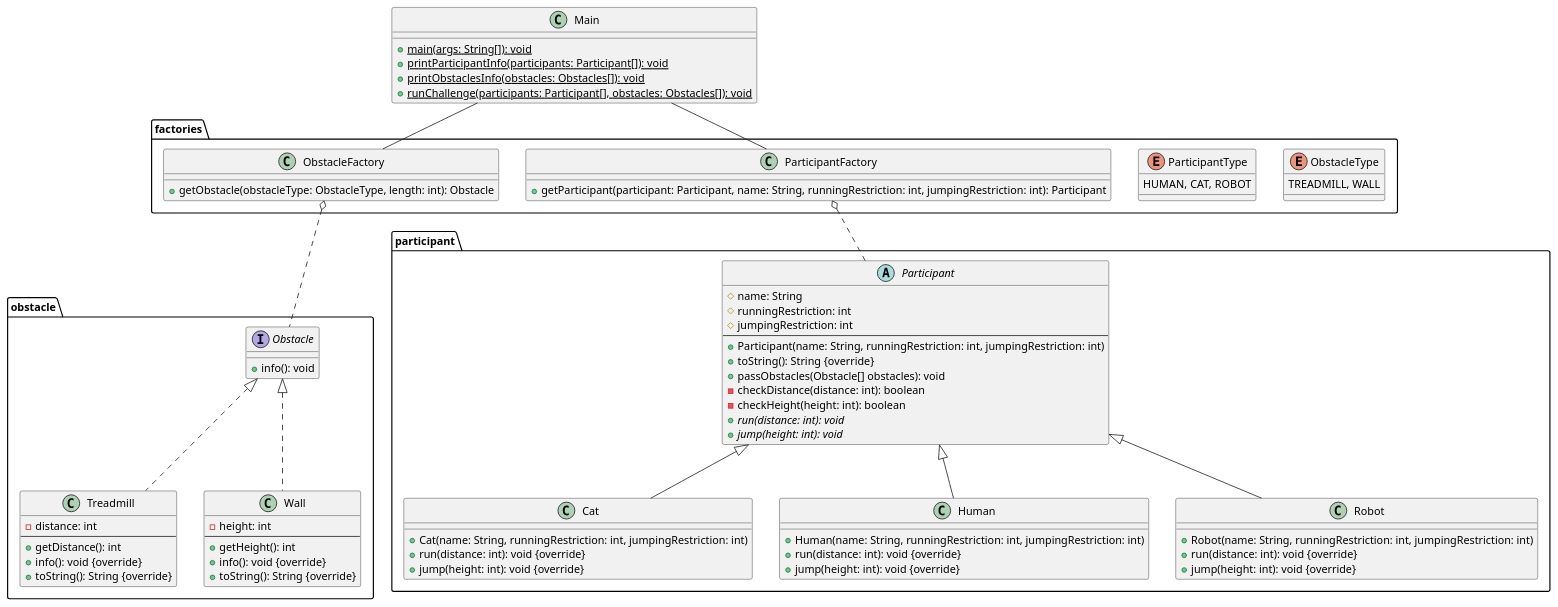
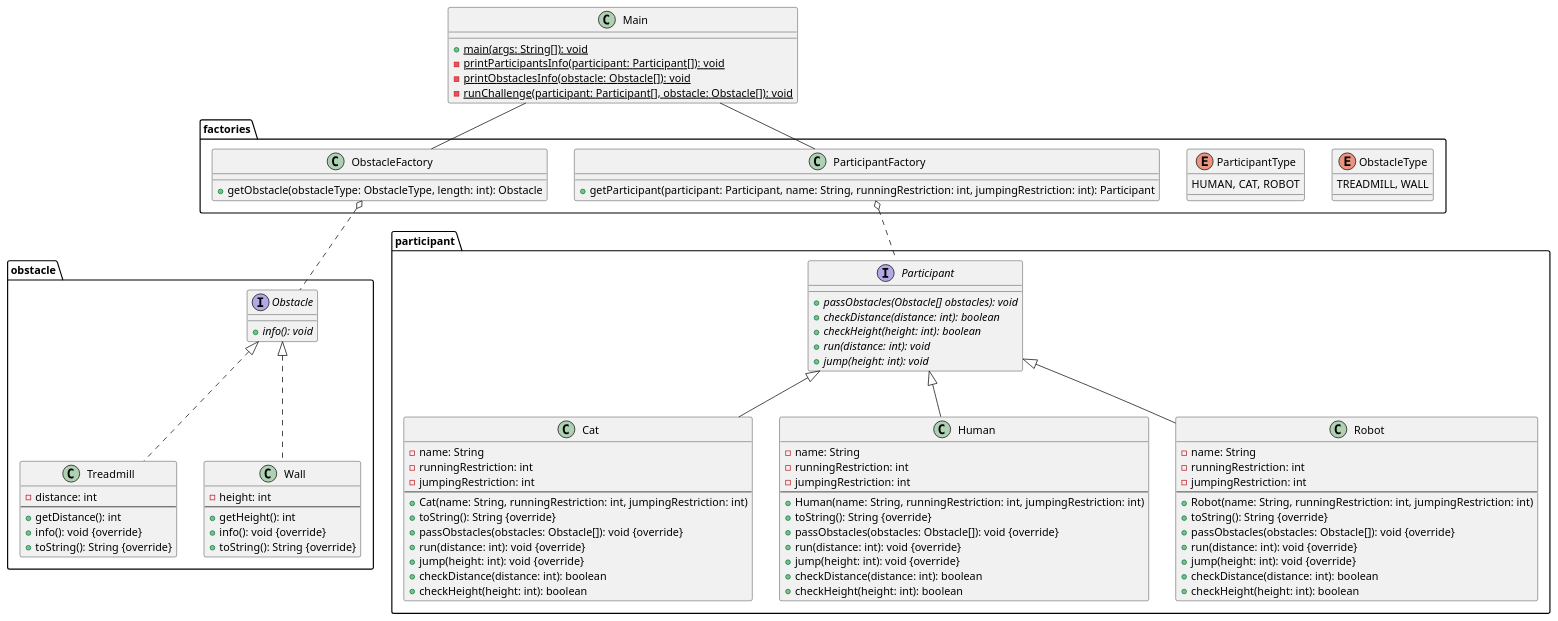
One commit to MarsMoldobekov/Java_Core changed the diagram in lesson8/src/main/java/ru/android/Project.puml. Above: the diagram before and after it, drawn with PlantUML. The commit also changed 4 other files, not shown here.

```diff
--- a/lesson8/src/main/java/ru/android/Project.puml
+++ b/lesson8/src/main/java/ru/android/Project.puml
@@ -1,97 +1,115 @@
 @startuml
 
 package "participant" {
-    abstract class Participant {
-        #name: String
-        #runningRestriction: int
-        #jumpingRestriction: int
-        ---
-        +Participant(name: String, runningRestriction: int, jumpingRestriction: int)
-        +toString(): String {override}
-        +passObstacles(Obstacle[] obstacles): void
-        -checkDistance(distance: int): boolean
-        -checkHeight(height: int): boolean
+    interface Participant {
+        +{abstract}passObstacles(Obstacle[] obstacles): void
+        +{abstract}checkDistance(distance: int): boolean
+        +{abstract}checkHeight(height: int): boolean
         +{abstract}run(distance: int): void
         +{abstract}jump(height: int): void
     }
 
     class Cat {
+        -name: String
+        -runningRestriction: int
+        -jumpingRestriction: int
+        ---
         +Cat(name: String, runningRestriction: int, jumpingRestriction: int)
+        +toString(): String {override}
+        +passObstacles(obstacles: Obstacle[]): void {override}
         +run(distance: int): void {override}
         +jump(height: int): void {override}
+        +checkDistance(distance: int): boolean
+        +checkHeight(height: int): boolean
     }
 
     class Human {
+        -name: String
+        -runningRestriction: int
+        -jumpingRestriction: int
+        ---
         +Human(name: String, runningRestriction: int, jumpingRestriction: int)
+        +toString(): String {override}
+        +passObstacles(obstacles: Obstacle[]): void {override}
         +run(distance: int): void {override}
         +jump(height: int): void {override}
+        +checkDistance(distance: int): boolean
+        +checkHeight(height: int): boolean
     }
 
     class Robot {
+        -name: String
+        -runningRestriction: int
+        -jumpingRestriction: int
+        ---
         +Robot(name: String, runningRestriction: int, jumpingRestriction: int)
+        +toString(): String {override}
+        +passObstacles(obstacles: Obstacle[]): void {override}
         +run(distance: int): void {override}
         +jump(height: int): void {override}
+        +checkDistance(distance: int): boolean
+        +checkHeight(height: int): boolean
     }
 
     Participant <|-- Cat
     Participant <|-- Human
     Participant <|-- Robot
 }
 
 package "obstacle" {
     interface Obstacle {
-        +info(): void
+        +{abstract}info(): void
     }
 
     class Treadmill {
         -distance: int
         ---
         +getDistance(): int
         +info(): void {override}
         +toString(): String {override}
     }
 
     class Wall {
         -height: int
         ---
         +getHeight(): int
         +info(): void {override}
         +toString(): String {override}
     }
 
     Obstacle <|.. Treadmill
     Obstacle <|.. Wall
 }
 
 package "factories" {
-    enum ObstacleType{
+    enum ObstacleType {
         TREADMILL, WALL
     }
 
     enum ParticipantType {
         HUMAN, CAT, ROBOT
     }
 
     class ObstacleFactory {
         +getObstacle(obstacleType: ObstacleType, length: int): Obstacle
     }
 
     class ParticipantFactory {
         +getParticipant(participant: Participant, name: String, runningRestriction: int, jumpingRestriction: int): Participant
     }
 
     ObstacleFactory o.. Obstacle
     ParticipantFactory o.. Participant
 }
 
 class Main {
     +{static}main(args: String[]): void
-    +{static}printParticipantInfo(participants: Participant[]): void
-    +{static}printObstaclesInfo(obstacles: Obstacles[]): void
-    +{static}runChallenge(participants: Participant[], obstacles: Obstacles[]): void
+    -{static}printParticipantsInfo(participant: Participant[]): void
+    -{static}printObstaclesInfo(obstacle: Obstacle[]): void
+    -{static}runChallenge(participant: Participant[], obstacle: Obstacle[]): void
 }
 
 Main -- ObstacleFactory
 Main -- ParticipantFactory
 
 @enduml
```
